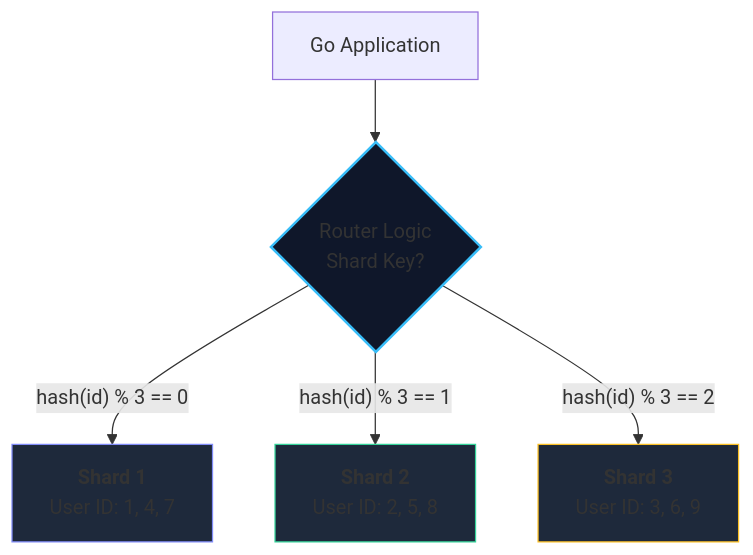
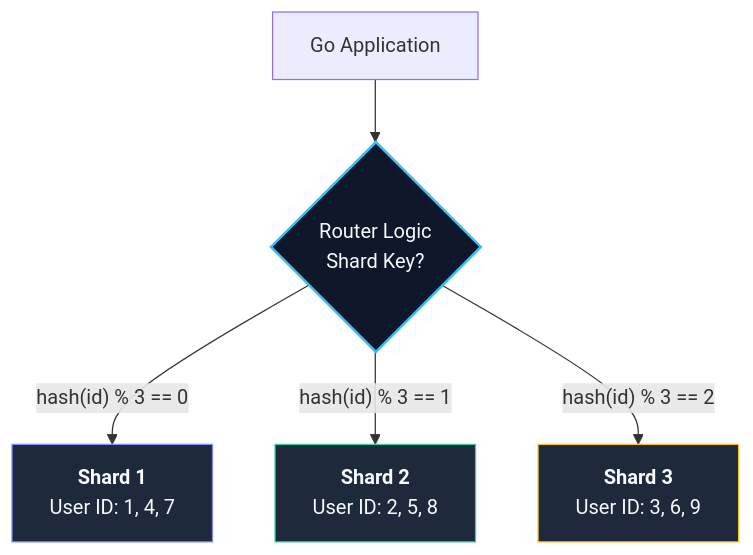
The first of 2 diagrams in sources/12. Базы данных/08. Распределенные базы данных/4. Sharding.md (UnrealTemplier/go-textbook), drawn with Mermaid before and after one commit. The commit also changed other lines of this file and 310 other files, not shown here.

First line of the commit message:
fix(mermaid): replace light fill colors with dark palette for readability on dark theme

````diff
--- a/sources/12. Базы данных/08. Распределенные базы данных/4. Sharding.md
+++ b/sources/12. Базы данных/08. Распределенные базы данных/4. Sharding.md
@@ -23,13 +23,13 @@
 ```mermaid
 flowchart TD
     App["Go Application"] --> Router{"Router Logic<br>Shard Key?"}
     
     Router -- "hash(id) % 3 == 0" --> S1["<b>Shard 1</b><br>User ID: 1, 4, 7"]
     Router -- "hash(id) % 3 == 1" --> S2["<b>Shard 2</b><br>User ID: 2, 5, 8"]
     Router -- "hash(id) % 3 == 2" --> S3["<b>Shard 3</b><br>User ID: 3, 6, 9"]
     
-    style Router fill:#0f172a,stroke:#38bdf8,stroke-width:2px
-    style S1 fill:#1e293b,stroke:#818cf8,stroke-width:1px
-    style S2 fill:#1e293b,stroke:#34d399,stroke-width:1px
-    style S3 fill:#1e293b,stroke:#fbbf24,stroke-width:1px
+    style Router fill:#0f172a,stroke:#38bdf8,stroke-width:2px,color:#f8fafc
+    style S1 fill:#1e293b,stroke:#818cf8,stroke-width:1px,color:#f8fafc
+    style S2 fill:#1e293b,stroke:#34d399,stroke-width:1px,color:#f8fafc
+    style S3 fill:#1e293b,stroke:#fbbf24,stroke-width:1px,color:#f8fafc
 ```
````
